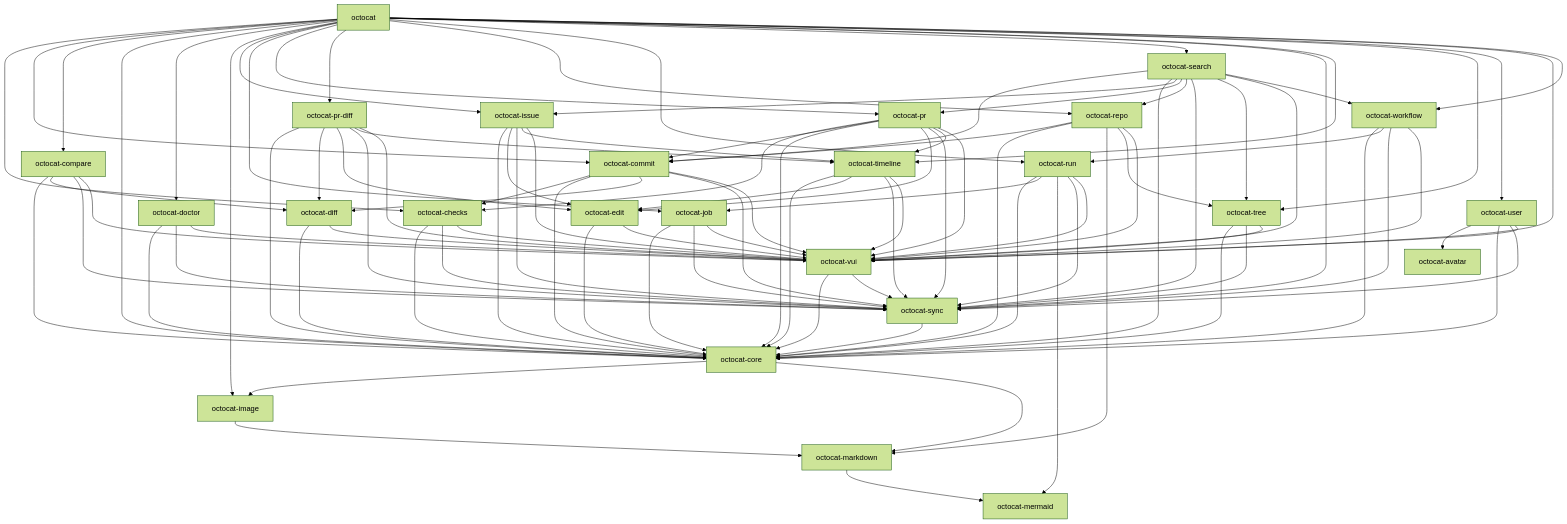
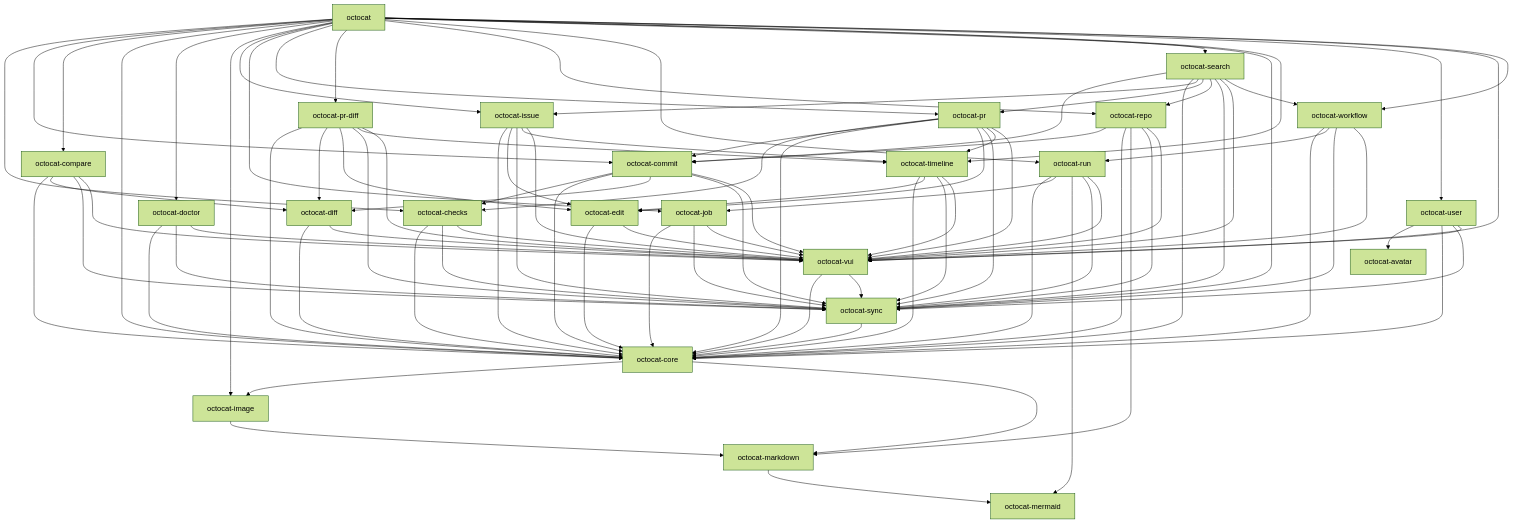
One commit to razzmatazz/octocat.el changed the first of 2 diagrams in docs/architecture.md. Above: the diagram before and after it, drawn with Mermaid (forest theme). The commit also changed other lines of this file and 11 other files, not shown here.

First line of the commit message:
Fold octocat-tree into octocat-repo

```diff
--- a/docs/architecture.md
+++ b/docs/architecture.md
@@ -65,7 +65,6 @@
   octocat_search[octocat-search]
   octocat_sync[octocat-sync]
   octocat_timeline[octocat-timeline]
-  octocat_tree[octocat-tree]
   octocat_user[octocat-user]
   octocat_vui[octocat-vui]
   octocat_workflow[octocat-workflow]
@@ -117,7 +116,7 @@
   octocat_repo --> octocat_commit
   octocat_repo --> octocat_core
   octocat_repo --> octocat_markdown
-  octocat_repo --> octocat_tree
+  octocat_repo --> octocat_sync
   octocat_repo --> octocat_vui
   octocat_run --> octocat_core
   octocat_run --> octocat_job
@@ -130,7 +129,6 @@
   octocat_search --> octocat_pr
   octocat_search --> octocat_repo
   octocat_search --> octocat_sync
-  octocat_search --> octocat_tree
   octocat_search --> octocat_vui
   octocat_search --> octocat_workflow
   octocat_sync --> octocat_core
@@ -138,9 +136,6 @@
   octocat_timeline --> octocat_edit
   octocat_timeline --> octocat_sync
   octocat_timeline --> octocat_vui
-  octocat_tree --> octocat_core
-  octocat_tree --> octocat_sync
-  octocat_tree --> octocat_vui
   octocat_user --> octocat_avatar
   octocat_user --> octocat_core
   octocat_user --> octocat_sync
@@ -166,7 +161,6 @@
   octocat --> octocat_search
   octocat --> octocat_sync
   octocat --> octocat_timeline
-  octocat --> octocat_tree
   octocat --> octocat_user
   octocat --> octocat_vui
   octocat --> octocat_workflow
```
